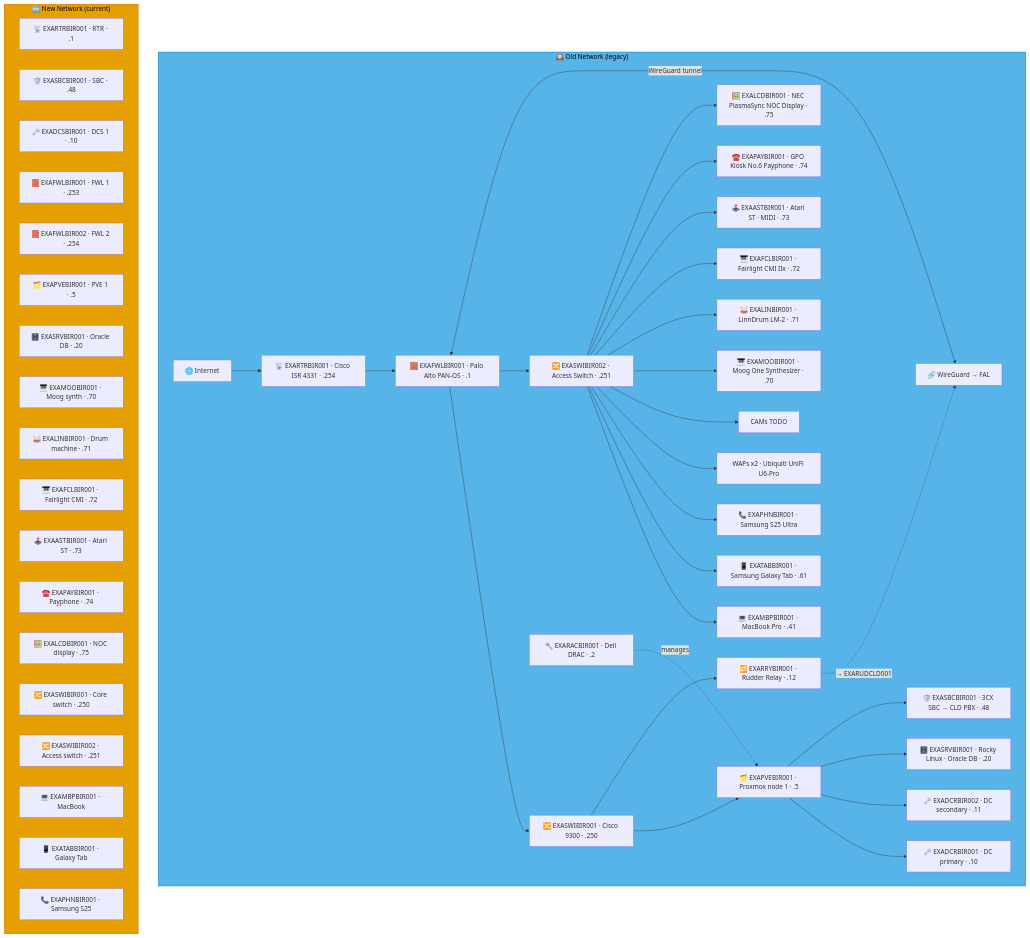
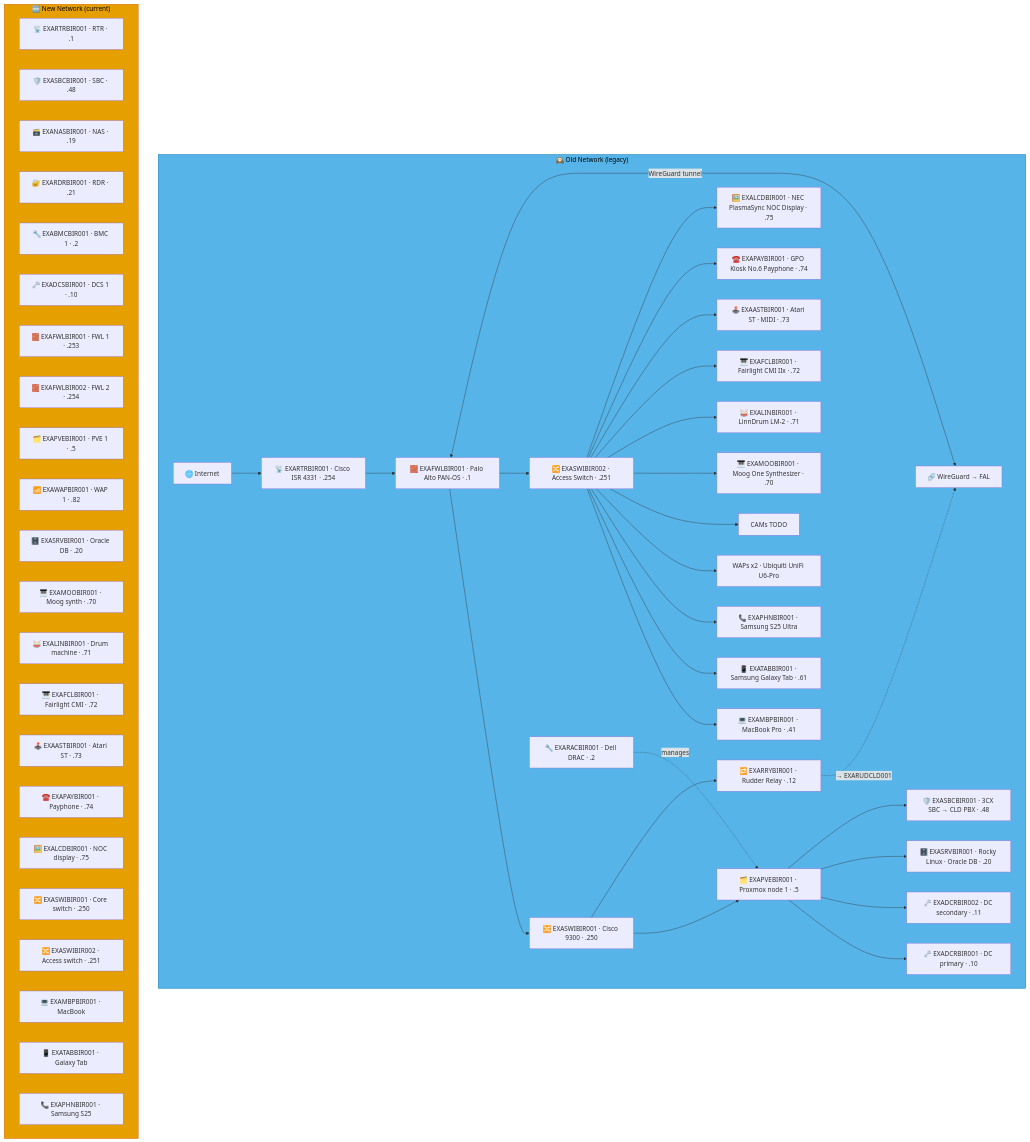
The second of 9 diagrams in docs/network-diagram/england.md (knightmare2600/example_music_infra), drawn with Mermaid before and after one commit. The commit also changed other lines of this file and 15 other files, not shown here.

````diff
--- a/docs/network-diagram/england.md
+++ b/docs/network-diagram/england.md
@@ -74,63 +78,67 @@
 ```mermaid
 graph TD
     subgraph OLD_BIR ["🕰️ Old Network (legacy)"]
       INET["🌐 Internet"]
       FWL["🧱 EXAFWLBIR001 · Palo Alto PAN-OS · .1"]
       SW1["🔀 EXASWIBIR001 · Cisco 9300 · .250"]
       SW2["🔀 EXASWIBIR002 · Access Switch · .251"]
       RTR["📡 EXARTRBIR001 · Cisco ISR 4331 · .254"]
       RAC["🔧 EXARACBIR001 · Dell DRAC · .2"]
       PVE["🗂️ EXAPVEBIR001 · Proxmox node 1 · .5"]
       DC1["🗝️ EXADCRBIR001 · DC primary · .10"]
       DC2["🗝️ EXADCRBIR002 · DC secondary · .11"]
       SRV["🗄️ EXASRVBIR001 · Rocky Linux · Oracle DB · .20"]
       SBC["🛡️ EXASBCBIR001 · 3CX SBC → CLD PBX · .48"]
       RRY["🔁 EXARRYBIR001 · Rudder Relay · .12"]
       MBP["💻 EXAMBPBIR001 · MacBook Pro · .41"]
       TAB["📱 EXATABBIR001 · Samsung Galaxy Tab · .61"]
       PHN["📞 EXAPHNBIR001 · Samsung S25 Ultra"]
       WAP["WAPs x2 · Ubiquiti UniFi U6-Pro"]
       CAM["CAMs TODO"]
       MOO["🎹 EXAMOOBIR001 · Moog One Synthesizer · .70"]
       LIN["🥁 EXALINBIR001 · LinnDrum LM-2 · .71"]
       FCL["🎹 EXAFCLBIR001 · Fairlight CMI IIx · .72"]
       AST["🕹️ EXAASTBIR001 · Atari ST · MIDI · .73"]
       PAY["☎️ EXAPAYBIR001 · GPO Kiosk No.6 Payphone · .74"]
       LCD["🖼️ EXALCDBIR001 · NEC PlasmaSync NOC Display · .75"]
       VPN["🔗 WireGuard → FAL"]
 
       INET --> RTR --> FWL --> SW1 & SW2
       SW1 --> PVE --> DC1 & DC2 & SRV & SBC
       RAC -.->|"manages"| PVE
       SW2 --> MBP & TAB & PHN & WAP & CAM
       SW2 --> MOO & LIN & FCL & AST & PAY & LCD
       FWL <-->|"WireGuard tunnel"| VPN
 
       SW1 --> RRY
       RRY -. "→ EXARUDCLD001" .-> VPN
     end
     style OLD_BIR fill:#56B4E9,stroke:#0072B2,color:#000000
     %% GENERATED:NEW-NETWORK:BIR:START
     subgraph NEW_BIR ["🆕 New Network (current)"]
       N_RTR["📡 EXARTRBIR001 · RTR · .1"]
       N_SBC["🛡️ EXASBCBIR001 · SBC · .48"]
+      N_NAS["🗃️ EXANASBIR001 · NAS · .19"]
+      N_RDR["🔐 EXARDRBIR001 · RDR · .21"]
+      N_BMC["🔧 EXABMCBIR001 · BMC 1 · .2"]
       N_DCS["🗝️ EXADCSBIR001 · DCS 1 · .10"]
       N_FWL["🧱 EXAFWLBIR001 · FWL 1 · .253"]
       N_FWL2["🧱 EXAFWLBIR002 · FWL 2 · .254"]
       N_PVE["🗂️ EXAPVEBIR001 · PVE 1 · .5"]
+      N_WAP["📶 EXAWAPBIR001 · WAP 1 · .82"]
       N_SRV["🗄️ EXASRVBIR001 · Oracle DB · .20"]
       N_MOO["🎹 EXAMOOBIR001 · Moog synth · .70"]
       N_LIN["🥁 EXALINBIR001 · Drum machine · .71"]
       N_FCL["🎹 EXAFCLBIR001 · Fairlight CMI · .72"]
       N_AST["🕹️ EXAASTBIR001 · Atari ST · .73"]
       N_PAY["☎️ EXAPAYBIR001 · Payphone · .74"]
       N_LCD["🖼️ EXALCDBIR001 · NOC display · .75"]
       N_SWI["🔀 EXASWIBIR001 · Core switch · .250"]
       N_SWI2["🔀 EXASWIBIR002 · Access switch · .251"]
       N_MBP["💻 EXAMBPBIR001 · MacBook"]
       N_TAB["📱 EXATABBIR001 · Galaxy Tab"]
       N_PHN["📞 EXAPHNBIR001 · Samsung S25"]
     end
     style NEW_BIR fill:#E69F00,stroke:#D55E00,color:#000000
     %% GENERATED:NEW-NETWORK:BIR:END
 ```
````
